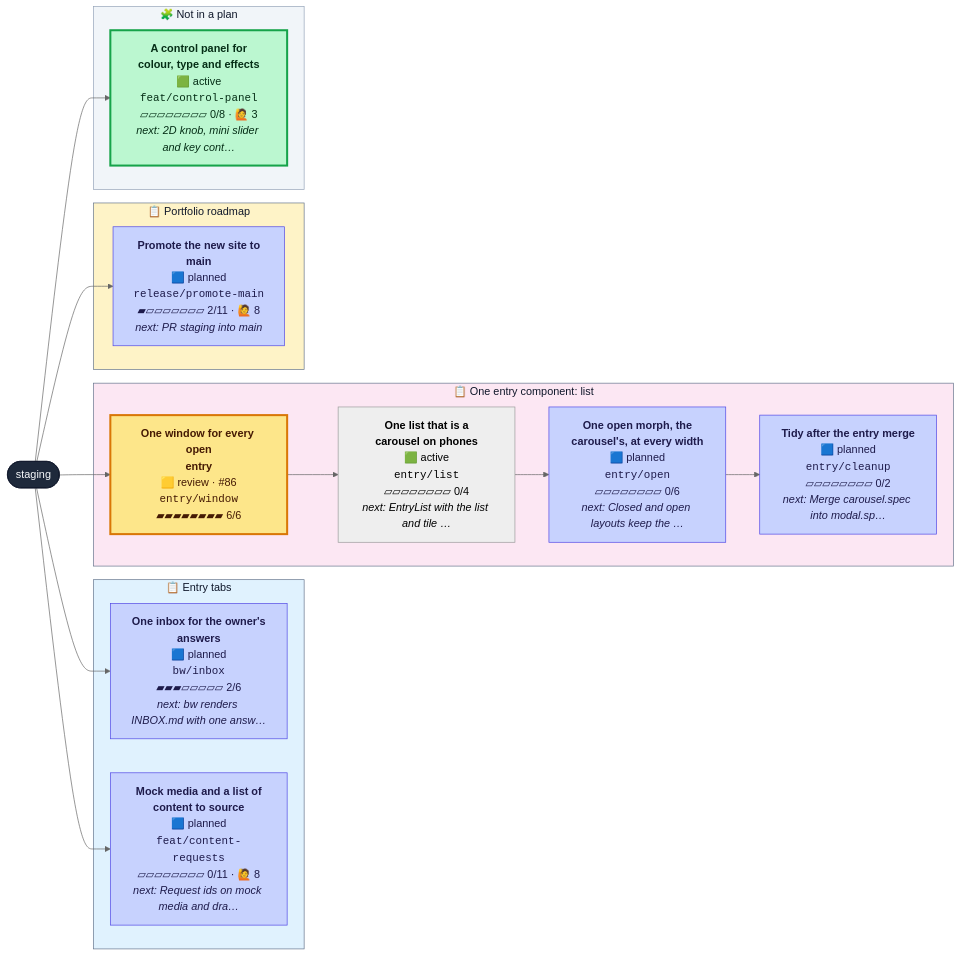
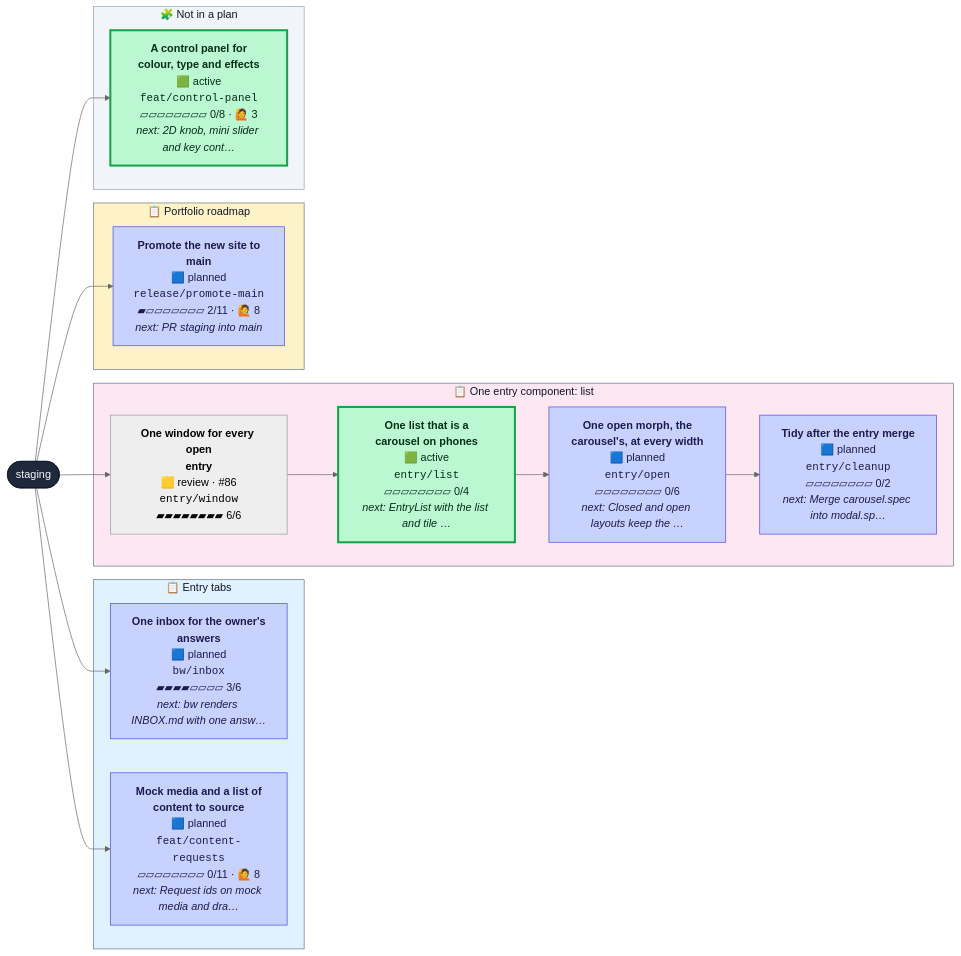
The diagram in CONTRIBUTING.md (henryjonescodes/portfolio), drawn with Mermaid (neutral theme) before and after one commit. The commit also changed other lines of this file, not shown here.

````diff
--- a/CONTRIBUTING.md
+++ b/CONTRIBUTING.md
@@ -16,47 +16,47 @@
 ```mermaid
 flowchart LR
   n_staging([staging])
   class n_staging trunk
   subgraph plan_0["📋 Entry tabs"]
-    n_bw_inbox["<b>One inbox for the owner's<br/>answers</b><br/>🟦 planned<br/><code>bw/inbox</code><br/>▰▰▰▱▱▱▱▱ 2/6<br/><i>next: bw renders INBOX.md with one answ…</i>"]
+    n_bw_inbox["<b>One inbox for the owner's<br/>answers</b><br/>🟦 planned<br/><code>bw/inbox</code><br/>▰▰▰▰▱▱▱▱ 3/6<br/><i>next: bw renders INBOX.md with one answ…</i>"]
     class n_bw_inbox planned
     n_feat_content_requests["<b>Mock media and a list of<br/>content to source</b><br/>🟦 planned<br/><code>feat/content-requests</code><br/>▱▱▱▱▱▱▱▱ 0/11 · 🙋 8<br/><i>next: Request ids on mock media and dra…</i>"]
     class n_feat_content_requests planned
   end
   style plan_0 fill:#e0f2fe,stroke:#64748b,color:#0f172a
   subgraph plan_1["📋 One entry component: list"]
     n_entry_cleanup["<b>Tidy after the entry merge</b><br/>🟦 planned<br/><code>entry/cleanup</code><br/>▱▱▱▱▱▱▱▱ 0/2<br/><i>next: Merge carousel.spec into modal.sp…</i>"]
     class n_entry_cleanup planned
     n_entry_list["<b>One list that is a<br/>carousel on phones</b><br/>🟩 active<br/><code>entry/list</code><br/>▱▱▱▱▱▱▱▱ 0/4<br/><i>next: EntryList with the list and tile …</i>"]
-    class n_entry_list active,current
+    class n_entry_list active
     n_entry_open["<b>One open morph, the<br/>carousel's, at every width</b><br/>🟦 planned<br/><code>entry/open</code><br/>▱▱▱▱▱▱▱▱ 0/6<br/><i>next: Closed and open layouts keep the …</i>"]
     class n_entry_open planned
     n_entry_window["<b>One window for every open<br/>entry</b><br/>🟨 review · #86<br/><code>entry/window</code><br/>▰▰▰▰▰▰▰▰ 6/6"]
-    class n_entry_window review
+    class n_entry_window review,current
   end
   style plan_1 fill:#fce7f3,stroke:#64748b,color:#0f172a
   subgraph plan_3["📋 Portfolio roadmap"]
     n_release_promote_main["<b>Promote the new site to<br/>main</b><br/>🟦 planned<br/><code>release/promote-main</code><br/>▰▱▱▱▱▱▱▱ 2/11 · 🙋 8<br/><i>next: PR staging into main</i>"]
     class n_release_promote_main planned
   end
   style plan_3 fill:#fef3c7,stroke:#64748b,color:#0f172a
   subgraph loose["🧩 Not in a plan"]
     n_feat_control_panel["<b>A control panel for<br/>colour, type and effects</b><br/>🟩 active<br/><code>feat/control-panel</code><br/>▱▱▱▱▱▱▱▱ 0/8 · 🙋 3<br/><i>next: 2D knob, mini slider and key cont…</i>"]
     class n_feat_control_panel active
   end
   style loose fill:#f1f5f9,stroke:#94a3b8,color:#0f172a
   n_staging --> n_bw_inbox
   n_entry_open --> n_entry_cleanup
   n_entry_window --> n_entry_list
   n_entry_list --> n_entry_open
   n_staging --> n_entry_window
   n_staging --> n_feat_content_requests
   n_staging --> n_feat_control_panel
   n_staging --> n_release_promote_main
   classDef planned fill:#c7d2fe,stroke:#4f46e5,color:#1e1b4b
   classDef active fill:#bbf7d0,stroke:#16a34a,stroke-width:3px,color:#052e16
   classDef review fill:#fde68a,stroke:#d97706,stroke-width:3px,color:#451a03
   classDef blocked fill:#fecaca,stroke:#dc2626,stroke-width:3px,color:#450a0a
   classDef trunk fill:#1e293b,stroke:#0f172a,color:#f8fafc
   classDef current stroke:#0ea5e9,stroke-width:5px
 ```
````
